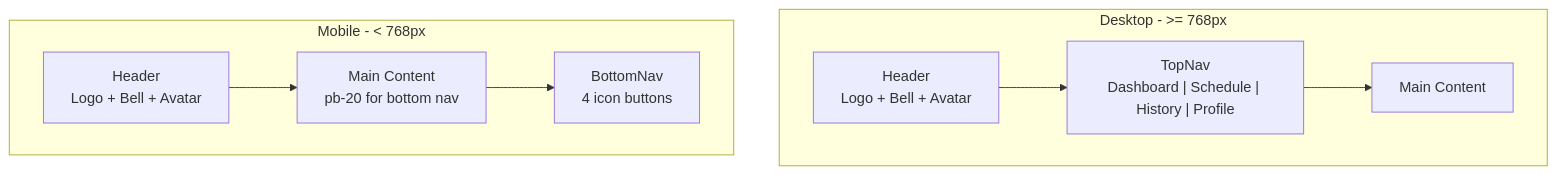
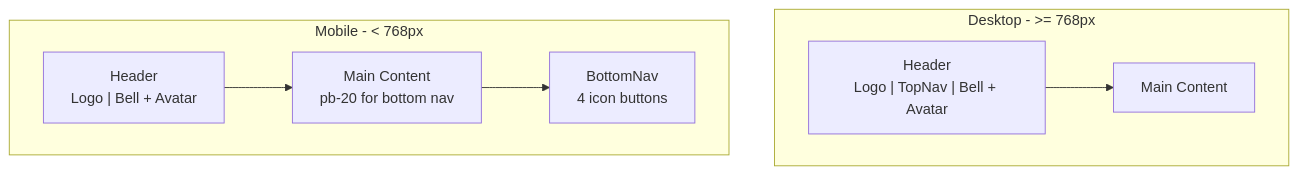
One commit to azakharo/dream-fitness changed the second of 3 diagrams in frontend/doc/plans/impl-plan-layouts.md. Above: the diagram before and after it, drawn with Mermaid. The commit also changed other lines of this file, not shown here.

Commit message:
fixed nav bar location on desktop

````diff
--- a/frontend/doc/plans/impl-plan-layouts.md
+++ b/frontend/doc/plans/impl-plan-layouts.md
@@ -838,20 +855,18 @@
 ```mermaid
 flowchart TB
     subgraph Desktop["Desktop - >= 768px"]
-        DesktopHeader["Header<br/>Logo + Bell + Avatar"]
-        DesktopTopNav["TopNav<br/>Dashboard | Schedule | History | Profile"]
+        DesktopHeader["Header<br/>Logo | TopNav | Bell + Avatar"]
         DesktopContent["Main Content"]
 
-        DesktopHeader --> DesktopTopNav
-        DesktopTopNav --> DesktopContent
+        DesktopHeader --> DesktopContent
     end
 
     subgraph Mobile["Mobile - < 768px"]
-        MobileHeader["Header<br/>Logo + Bell + Avatar"]
+        MobileHeader["Header<br/>Logo | Bell + Avatar"]
         MobileContent["Main Content<br/>pb-20 for bottom nav"]
         MobileBottomNav["BottomNav<br/>4 icon buttons"]
 
         MobileHeader --> MobileContent
         MobileContent --> MobileBottomNav
     end
 ```
````
